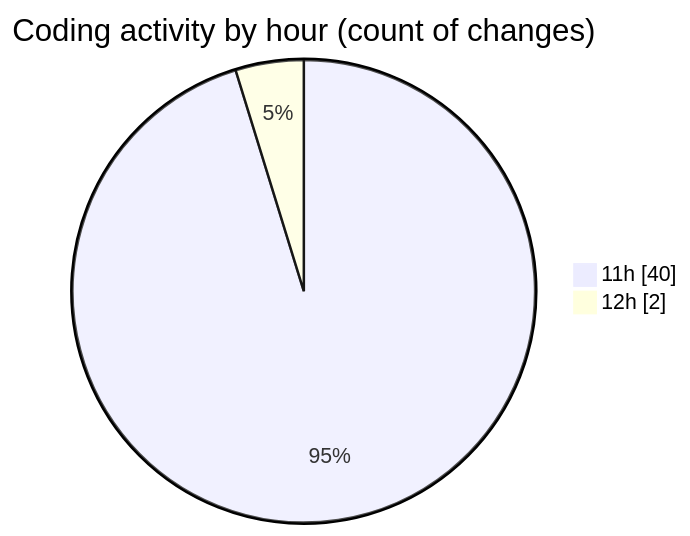
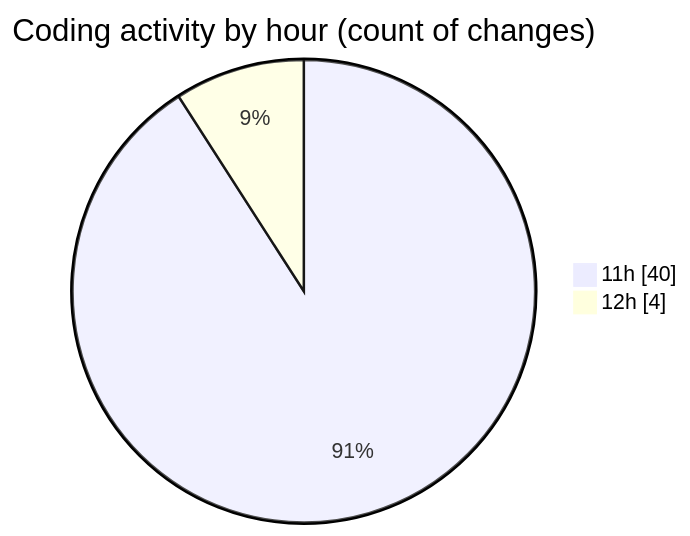
One commit to momahboobian/code-tracking changed the second of 2 diagrams in 2026-03-27/cda/README.md. Above: the diagram before and after it, drawn with Mermaid. The commit also changed other lines of this file and 1 other file, not shown here.

````diff
--- a/2026-03-27/cda/README.md
+++ b/2026-03-27/cda/README.md
@@ -35,6 +36,6 @@
 ```mermaid
 pie showData
 title Coding activity by hour (count of changes)
 "11h" : 40
-"12h" : 2
+"12h" : 4
 ```
````
